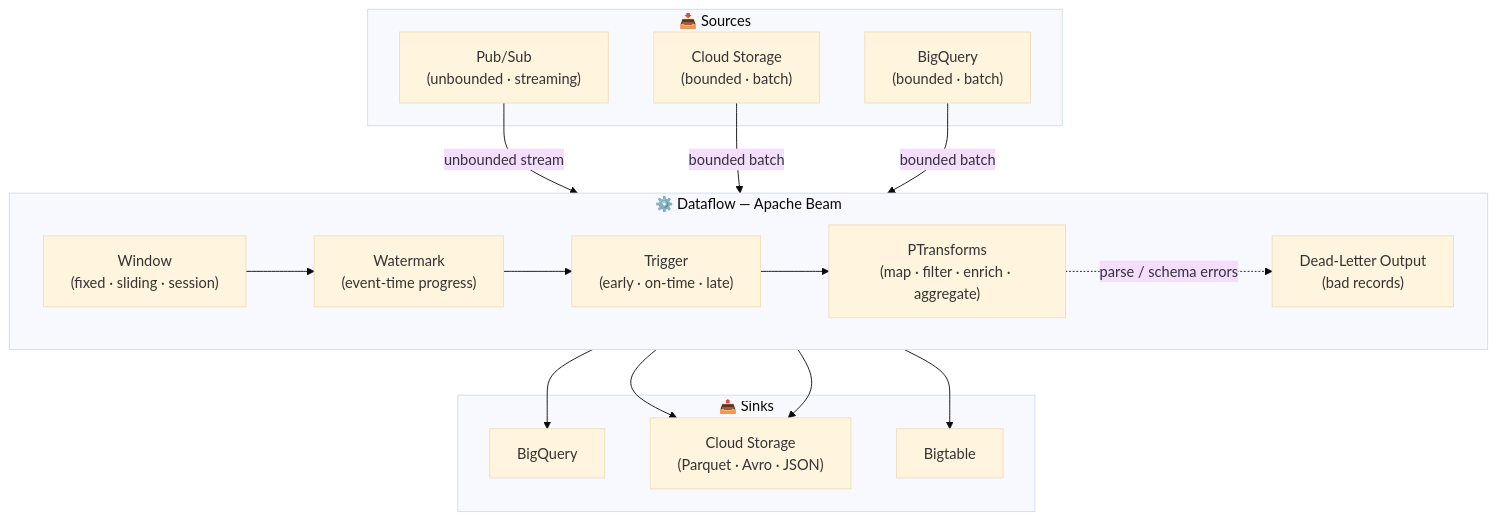
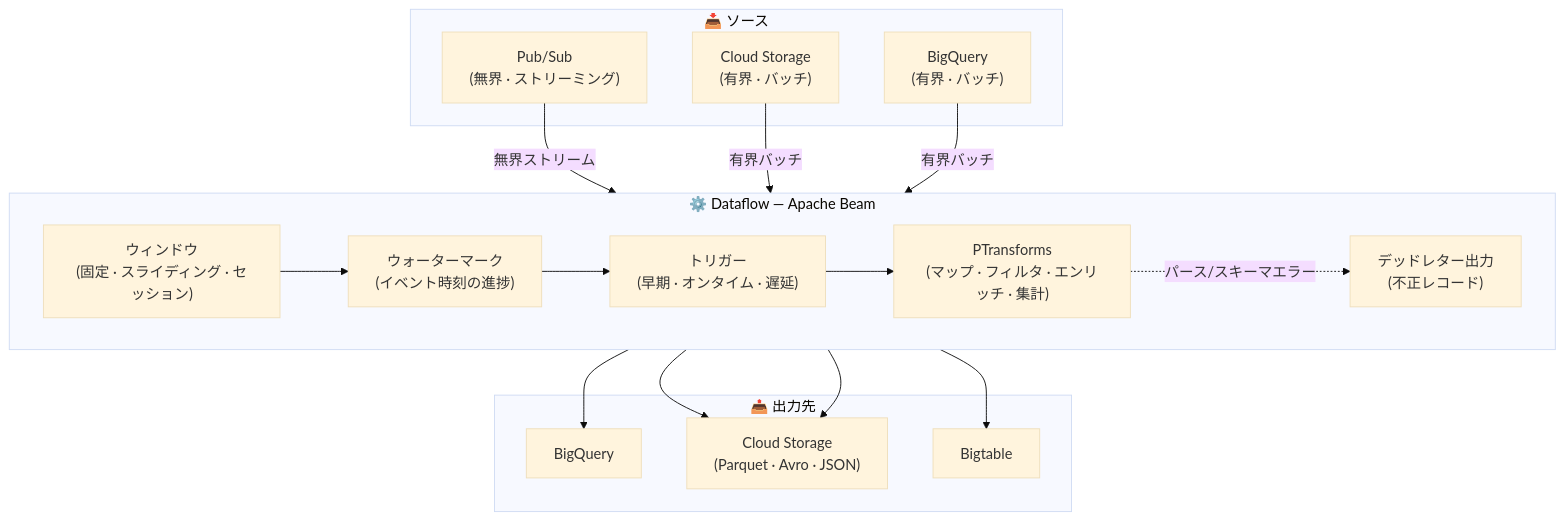
One commit to Maskish86/gcp-pde-exam-guide-ja changed the diagram in content/Processing/Dataflow.md. Above: the diagram before and after it, drawn with Mermaid (base theme). The commit also changed other lines of this file and 30 other files, not shown here.

````diff
--- a/content/Processing/Dataflow.md
+++ b/content/Processing/Dataflow.md
@@ -44,35 +44,35 @@
 ```mermaid
 flowchart TB
 
-subgraph SRC["📥 Sources"]
-    PS["Pub/Sub<br/>(unbounded · streaming)"]
-    GCS["Cloud Storage<br/>(bounded · batch)"]
-    BQ_IN["BigQuery<br/>(bounded · batch)"]
+subgraph SRC["📥 ソース"]
+    PS["Pub/Sub<br/>(無界 · ストリーミング)"]
+    GCS["Cloud Storage<br/>(有界 · バッチ)"]
+    BQ_IN["BigQuery<br/>(有界 · バッチ)"]
 end
 
 subgraph DF["⚙️ Dataflow — Apache Beam"]
     direction LR
-    WIN["Window<br/>(fixed · sliding · session)"]
-    WM["Watermark<br/>(event-time progress)"]
-    TRG["Trigger<br/>(early · on-time · late)"]
-    TR["PTransforms<br/>(map · filter · enrich · aggregate)"]
-    DLQ["Dead-Letter Output<br/>(bad records)"]
+    WIN["ウィンドウ<br/>(固定 · スライディング · セッション)"]
+    WM["ウォーターマーク<br/>(イベント時刻の進捗)"]
+    TRG["トリガー<br/>(早期 · オンタイム · 遅延)"]
+    TR["PTransforms<br/>(マップ · フィルタ · エンリッチ · 集計)"]
+    DLQ["デッドレター出力<br/>(不正レコード)"]
     WIN --> WM --> TRG --> TR
-    TR -.->|parse / schema errors| DLQ
+    TR -.->|パース/スキーマエラー| DLQ
 end
 
-subgraph SNK["📤 Sinks"]
+subgraph SNK["📤 出力先"]
     BQ_OUT[BigQuery]
     GCS_OUT["Cloud Storage<br/>(Parquet · Avro · JSON)"]
     BT[Bigtable]
 end
 
-PS -->|unbounded stream| WIN
-GCS -->|bounded batch| TR
-BQ_IN -->|bounded batch| TR
+PS -->|無界ストリーム| WIN
+GCS -->|有界バッチ| TR
+BQ_IN -->|有界バッチ| TR
 
 TR --> BQ_OUT
 TR --> GCS_OUT
 TR --> BT
 DLQ --> GCS_OUT
 ```
````
